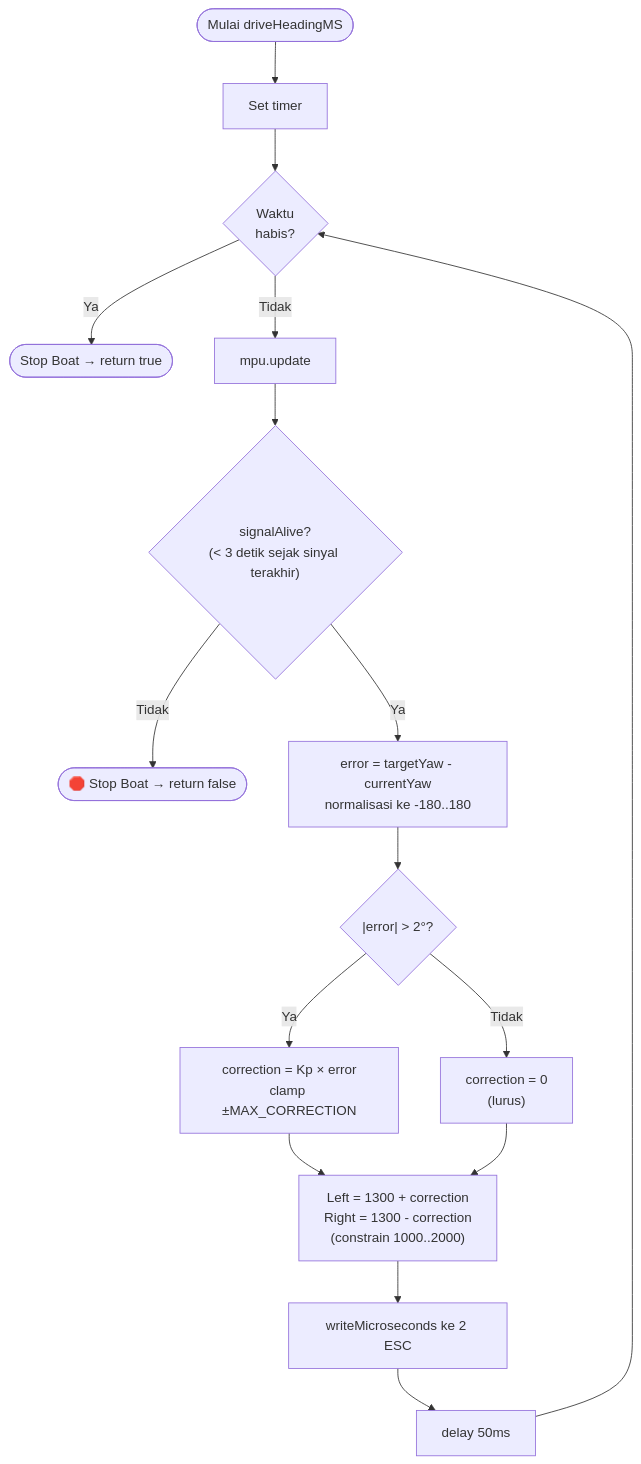
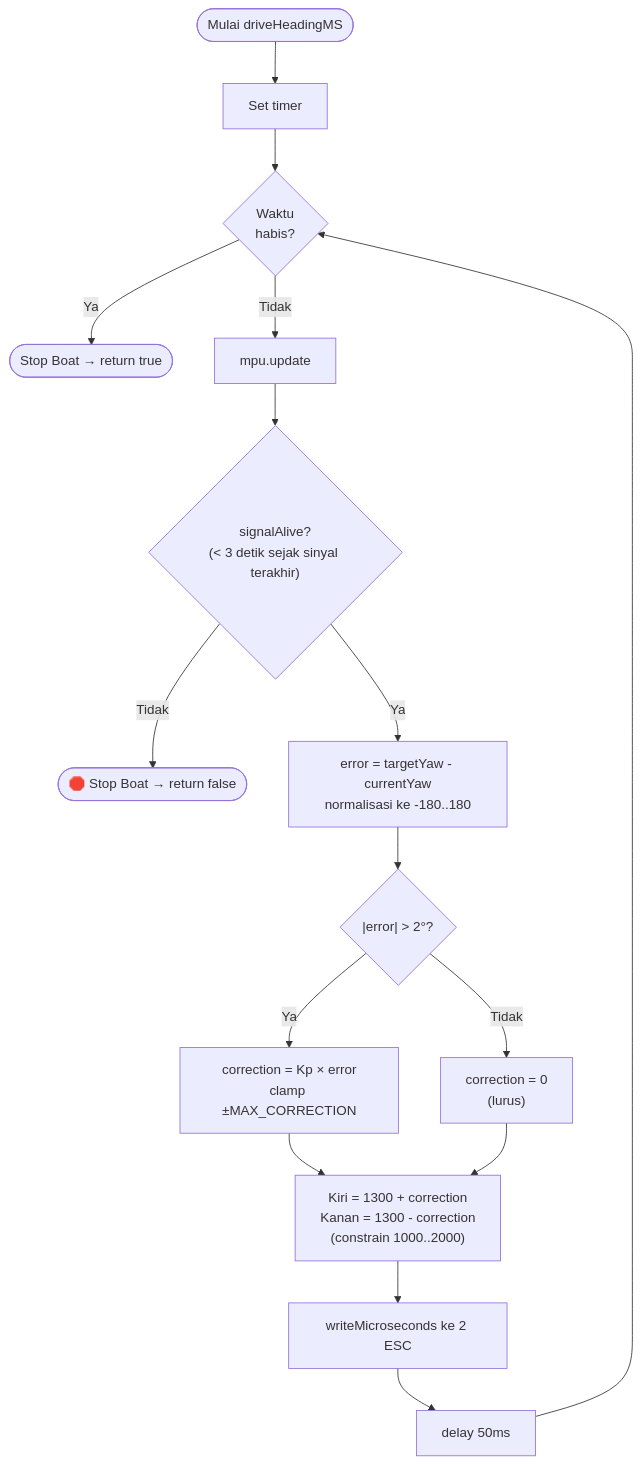
One commit to Xhorn7/Skripsi-PENGEMBANGAN-ROBOT-AKUATIK-UNTUK-FEEDER-OTOMATIS-DI-TAMBAK changed the fifth of 6 diagrams in flowchart.md. Above: the diagram before and after it, drawn with Mermaid. The commit also changed other lines of this file and 10 other files, not shown here.

Commit message:
Update readme, flowchart documentation

````diff
--- a/flowchart.md
+++ b/flowchart.md
@@ -115,18 +131,18 @@
 ```mermaid
 flowchart TD
     ENTRY([Mulai driveHeadingMS]) --> TIMER[Set timer]
-    TIMER --> TIMECHECK{Waktu\nhabis?}
+    TIMER --> TIMECHECK{Waktu<br/>habis?}
     TIMECHECK -- Ya --> STOPFN([Stop Boat → return true])
     TIMECHECK -- Tidak --> UPD[mpu.update]
-    UPD --> SIG{"signalAlive?\n(< 3 detik sejak sinyal terakhir)"}
+    UPD --> SIG{"signalAlive?<br/>(< 3 detik sejak sinyal terakhir)"}
     SIG -- Tidak --> FAIL([🛑 Stop Boat → return false])
-    SIG -- Ya --> ERR["error = targetYaw - currentYaw\nnormalisasi ke -180..180"]
+    SIG -- Ya --> ERR["error = targetYaw - currentYaw<br/>normalisasi ke -180..180"]
     ERR --> DEAD{"|error| > 2°?"}
-    DEAD -- Tidak --> STRAIGHT["correction = 0\n(lurus)"]
-    DEAD -- Ya --> PROP["correction = Kp × error\nclamp ±MAX_CORRECTION"]
+    DEAD -- Tidak --> STRAIGHT["correction = 0<br/>(lurus)"]
+    DEAD -- Ya --> PROP["correction = Kp × error<br/>clamp ±MAX_CORRECTION"]
     PROP --> WRITE
-    STRAIGHT --> WRITE["Left = 1300 + correction\nRight = 1300 - correction\n(constrain 1000..2000)"]
+    STRAIGHT --> WRITE["Kiri = 1300 + correction<br/>Kanan = 1300 - correction<br/>(constrain 1000..2000)"]
     WRITE --> ESC[writeMicroseconds ke 2 ESC]
     ESC --> DELAY[delay 50ms]
     DELAY --> TIMECHECK
 ```
````
